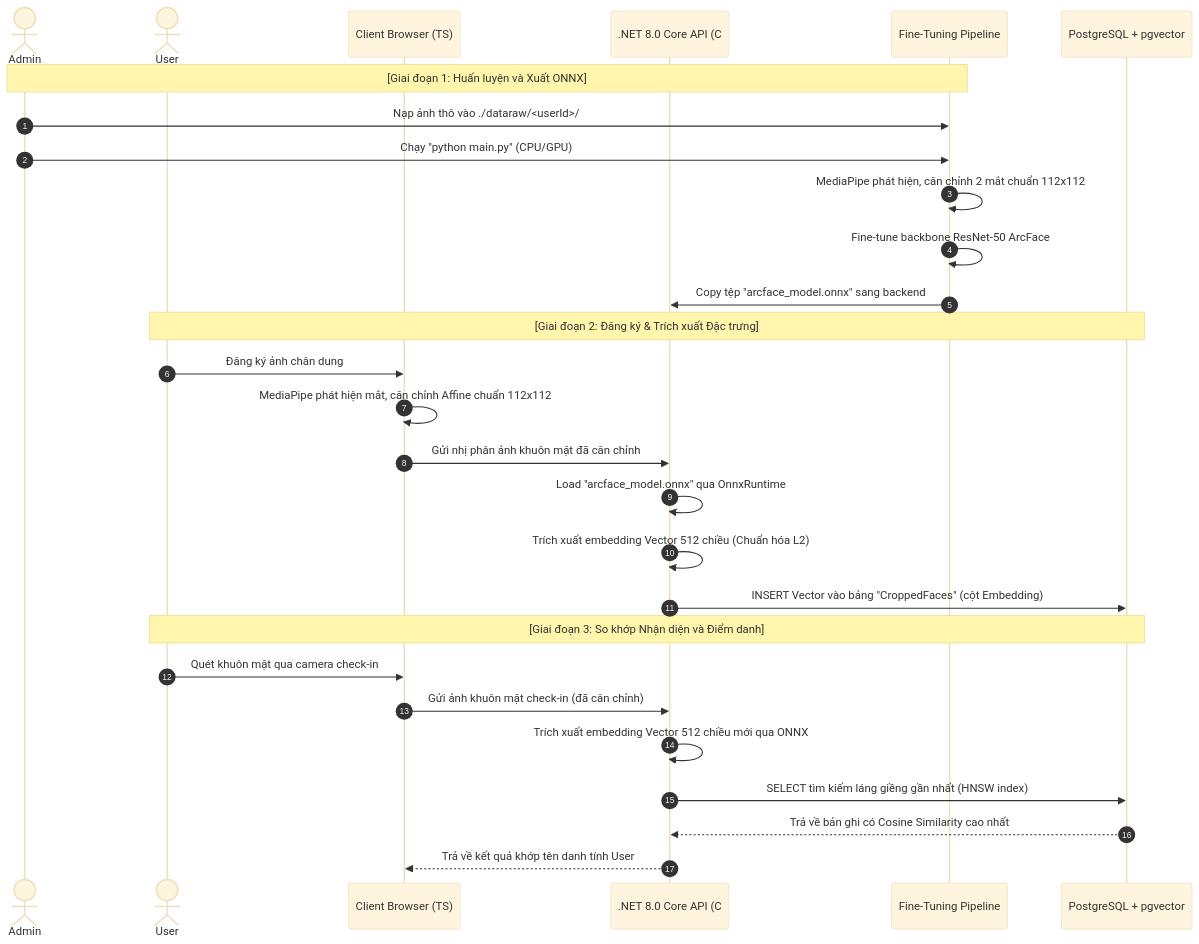
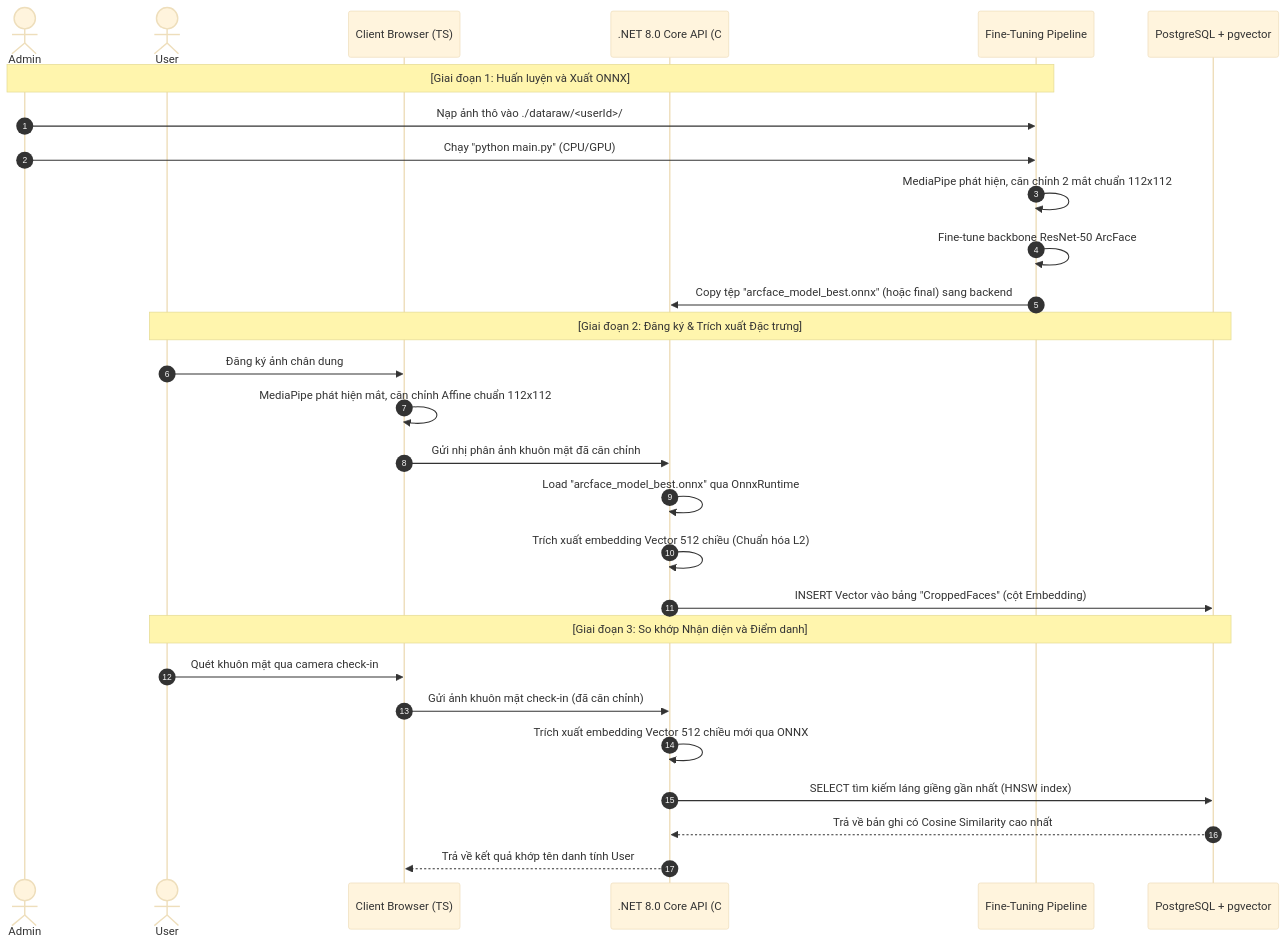
One commit to badpaybad/a.i-assistant-chatbot-telegram-serverles changed the second of 2 diagrams in TreeOfThought/docs/nhan-dien-khuon-mat/ArcFaceFinetune/howtodo.md. Above: the diagram before and after it, drawn with Mermaid (base theme). The commit also changed other lines of this file and 2 other files, not shown here.

Commit message:
Best Loss Epoch Model LEARNING_RATE = 0.0001

````diff
--- a/TreeOfThought/docs/nhan-dien-khuon-mat/ArcFaceFinetune/howtodo.md
+++ b/TreeOfThought/docs/nhan-dien-khuon-mat/ArcFaceFinetune/howtodo.md
@@ -769,36 +777,37 @@
 ```mermaid
 sequenceDiagram
     autonumber
     actor Admin
     actor User
     participant WebApp as Client Browser (TS)
     participant Backend as .NET 8.0 Core API (C#)
     participant Python as Fine-Tuning Pipeline
     participant DB as PostgreSQL + pgvector
     
     %% GIAI ĐOẠN 1: HUẤN LUYỆN
     Note over Admin, Python: [Giai đoạn 1: Huấn luyện và Xuất ONNX]
     Admin->>Python: Nạp ảnh thô vào ./dataraw/<userId>/
     Admin->>Python: Chạy "python main.py" (CPU/GPU)
     Python->>Python: MediaPipe phát hiện, căn chỉnh 2 mắt chuẩn 112x112
     Python->>Python: Fine-tune backbone ResNet-50 ArcFace
-    Python->>Backend: Copy tệp "arcface_model.onnx" sang backend
+    Python->>Backend: Copy tệp "arcface_model_best.onnx" (hoặc final) sang backend
     
     %% GIAI ĐOẠN 2: ĐĂNG KÝ USER
     Note over User, DB: [Giai đoạn 2: Đăng ký & Trích xuất Đặc trưng]
     User->>WebApp: Đăng ký ảnh chân dung
     WebApp->>WebApp: MediaPipe phát hiện mắt, căn chỉnh Affine chuẩn 112x112
     WebApp->>Backend: Gửi nhị phân ảnh khuôn mặt đã căn chỉnh
-    Backend->>Backend: Load "arcface_model.onnx" qua OnnxRuntime
+    Backend->>Backend: Load "arcface_model_best.onnx" qua OnnxRuntime
+
     Backend->>Backend: Trích xuất embedding Vector 512 chiều (Chuẩn hóa L2)
     Backend->>DB: INSERT Vector vào bảng "CroppedFaces" (cột Embedding)
     
     %% GIAI ĐOẠN 3: NHẬN DIỆN
     Note over User, DB: [Giai đoạn 3: So khớp Nhận diện và Điểm danh]
     User->>WebApp: Quét khuôn mặt qua camera check-in
     WebApp->>Backend: Gửi ảnh khuôn mặt check-in (đã căn chỉnh)
     Backend->>Backend: Trích xuất embedding Vector 512 chiều mới qua ONNX
     Backend->>DB: SELECT tìm kiếm láng giềng gần nhất (HNSW index)
     DB-->>Backend: Trả về bản ghi có Cosine Similarity cao nhất
     Backend-->>WebApp: Trả về kết quả khớp tên danh tính User
 ```
````
